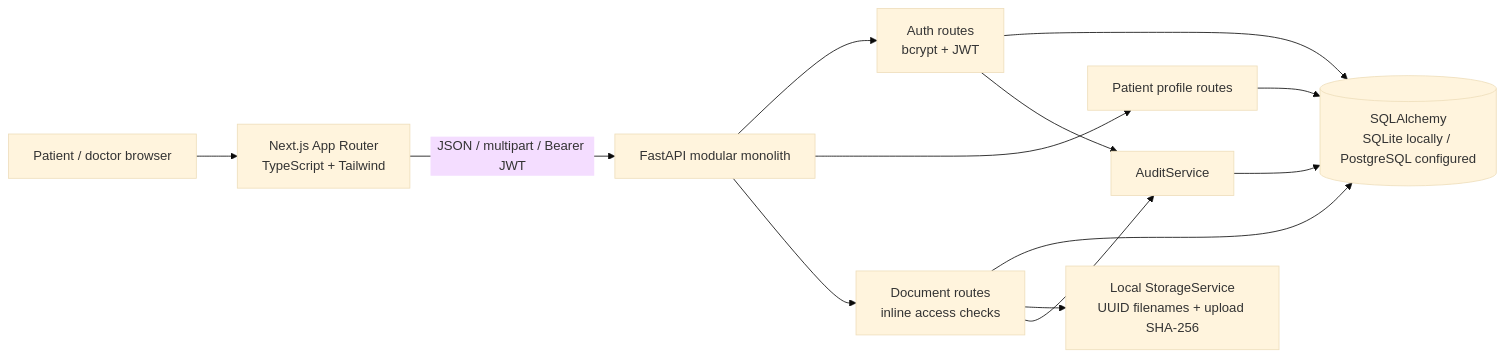
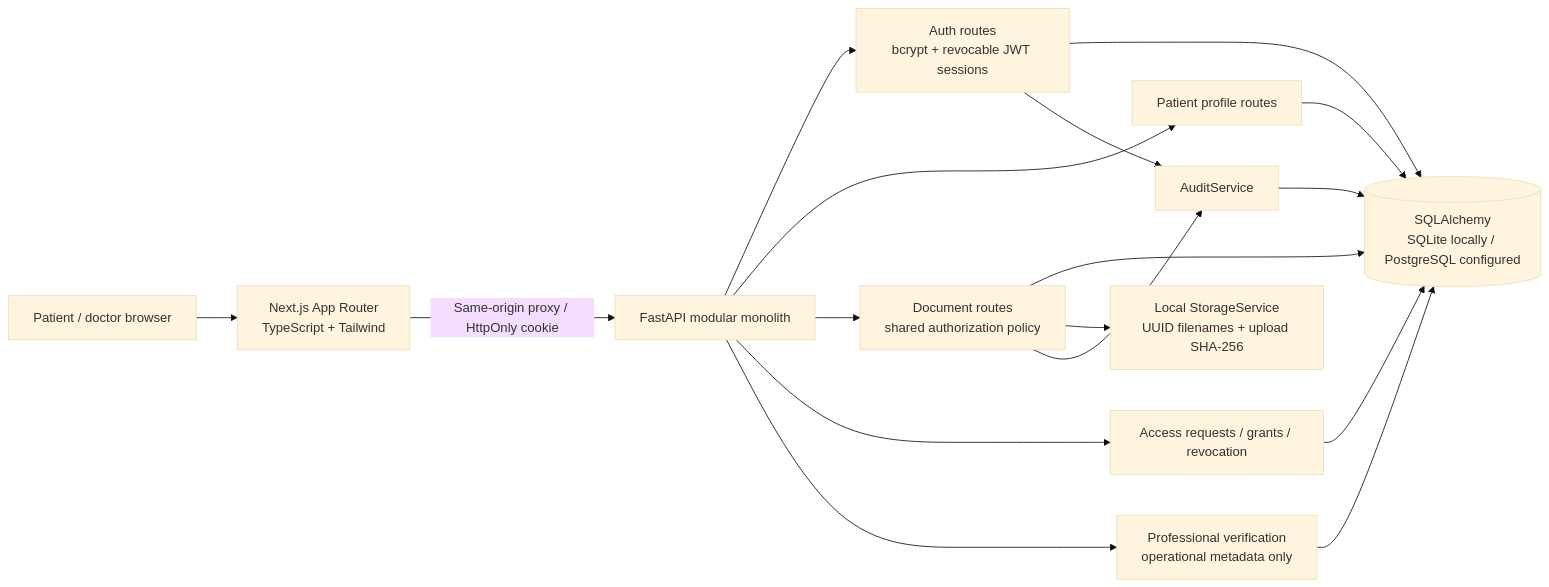
One commit to Tanish3115/CareGap changed the first of 3 diagrams in docs/ARCHITECTURE.md. Above: the diagram before and after it, drawn with Mermaid (base theme). The commit also changed other lines of this file and 85 other files, not shown here.

Commit message:
Implement verified patient vault, revocable sessions, scoped consent and tested local stack

````diff
--- a/docs/ARCHITECTURE.md
+++ b/docs/ARCHITECTURE.md
@@ -9,15 +9,19 @@
 ```mermaid
 flowchart LR
     U[Patient / doctor browser] --> N[Next.js App Router\nTypeScript + Tailwind]
-    N -->|JSON / multipart / Bearer JWT| A[FastAPI modular monolith]
-    A --> Auth[Auth routes\nbcrypt + JWT]
+    N -->|Same-origin proxy / HttpOnly cookie| A[FastAPI modular monolith]
+    A --> Auth[Auth routes\nbcrypt + revocable JWT sessions]
     A --> P[Patient profile routes]
-    A --> D[Document routes\ninline access checks]
+    A --> D[Document routes\nshared authorization policy]
+    A --> Consent[Access requests / grants / revocation]
+    A --> Admin[Professional verification\noperational metadata only]
+    Consent --> DB
+    Admin --> DB
     Auth --> DB[(SQLAlchemy\nSQLite locally / PostgreSQL configured)]
     P --> DB
     D --> DB
     D --> S[Local StorageService\nUUID filenames + upload SHA-256]
     D --> Audit[AuditService]
     Auth --> Audit
     Audit --> DB
 ```
````
